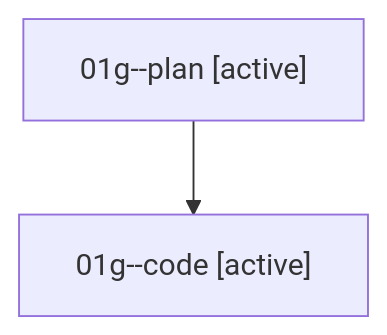
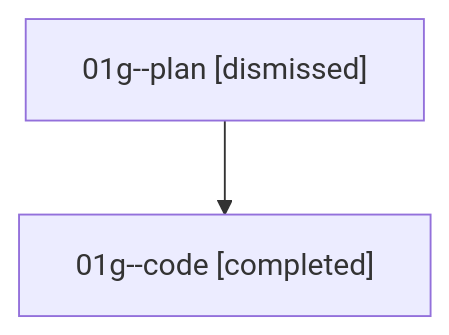
Before and after one commit to bobs-org/bob-cli--agents: the diagram in families/bbugyi200.athena.01g.md, drawn with Mermaid. The commit also changed other lines of this file and 265 other files, not shown here.

````diff
--- a/families/bbugyi200.athena.01g.md
+++ b/families/bbugyi200.athena.01g.md
@@ -9,6 +9,6 @@
 ```mermaid
 flowchart TD
-  n0["01g--plan [active]"]
-  n1["01g--code [active]"]
+  n0["01g--plan [dismissed]"]
+  n1["01g--code [completed]"]
   n0 --> n1
 ```
````
